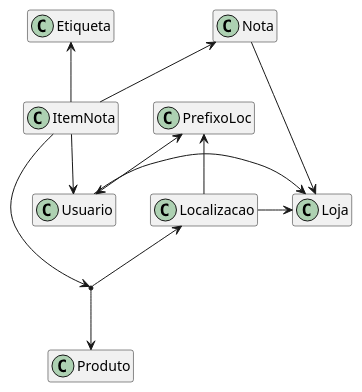
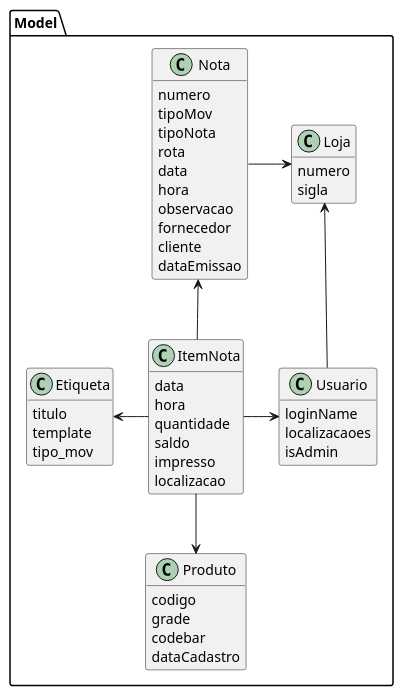
One commit to ivaneyvieira/engEstoque-Archive changed the diagram in diagramas/localizacoes.puml. Above: the diagram before and after it, drawn with PlantUML.

Commit message:
Modificação no modelo

```diff
--- a/diagramas/localizacoes.puml
+++ b/diagramas/localizacoes.puml
@@ -1,19 +1,59 @@
 @startuml modelo
 hide methods
-hide members
 
+package Model {
 
+class Produto{
+	codigo
+	grade
+	codebar
+	dataCadastro
+}
 
-Usuario			<-l->		PrefixoLoc
-Localizacao		-u->		PrefixoLoc
-Localizacao		-r->		Loja
-Localizacao		<-u->		Produto
-Usuario			-r->		Loja
+class ItemNota{
+	data
+	hora
+	quantidade
+	saldo
+	impresso
+	localizacao
+}
 
-ItemNota		-d->		Usuario
-ItemNota		-d->		(Localizacao, Produto)
+class Nota {
+	numero
+	tipoMov
+	tipoNota
+	rota
+	data
+	hora
+	observacao
+	fornecedor
+	cliente
+	dataEmissao
+}
 
+class Loja {
+	numero
+	sigla
+}
+
+class Usuario {
+	loginName
+	localizacaoes
+	isAdmin
+}
+
+class Etiqueta {
+	titulo
+	template
+	tipo_mov
+}
+
+ItemNota		-r->		Usuario
+ItemNota		-d->		Produto
 ItemNota		-u->		Nota
-Nota			-d->		Loja
-ItemNota		-u->		Etiqueta
+ItemNota		-l->		Etiqueta
+Nota			-r->		Loja
+Usuario			-u->		Loja
+}
 @enduml
```
